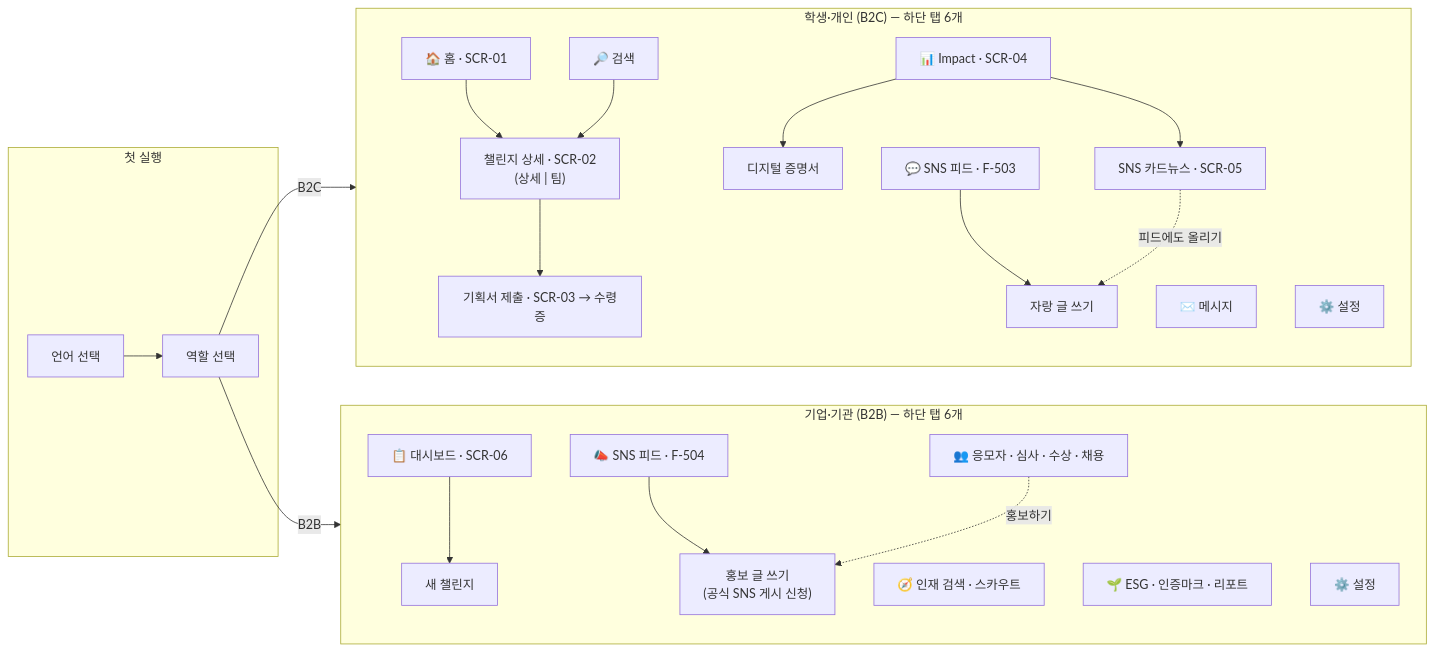
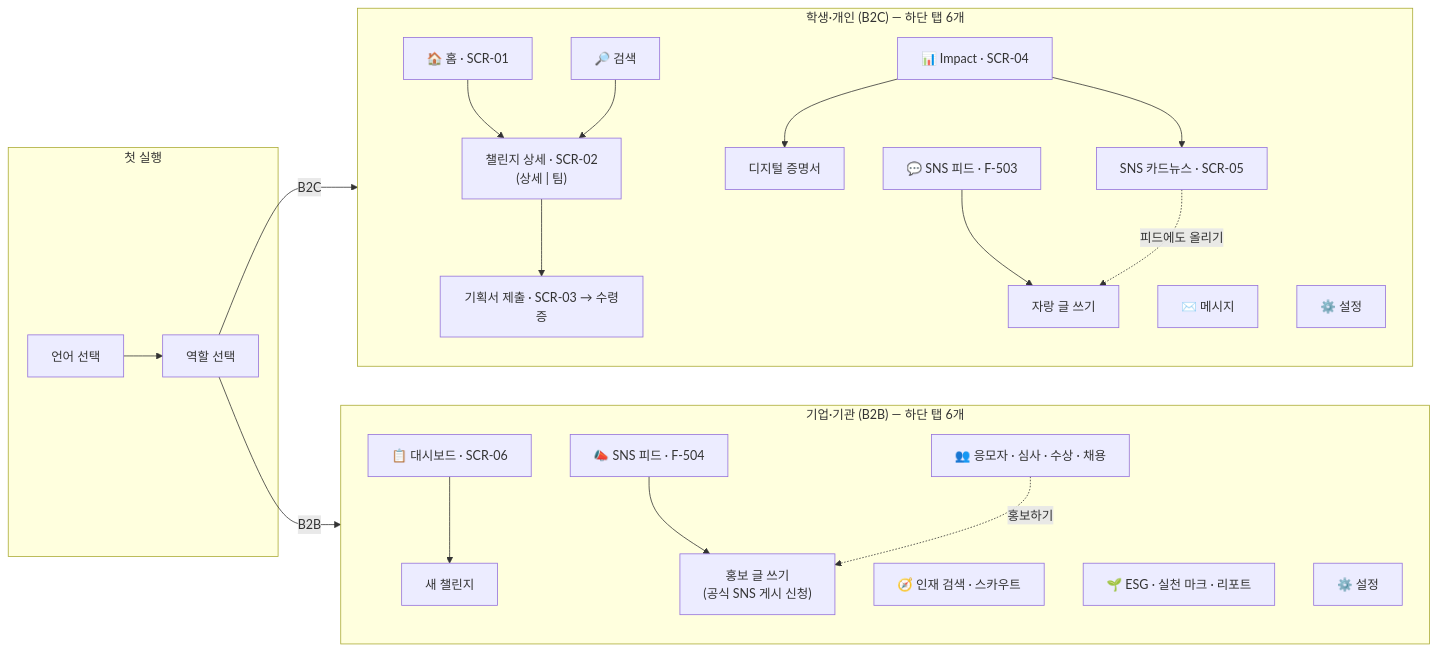
One commit to atome9797/sdgs-compass changed the seventh of 17 diagrams in README.md. Above: the diagram before and after it, drawn with Mermaid. The commit also changed other lines of this file and 19 other files, not shown here.

````diff
--- a/README.md
+++ b/README.md
@@ -265,43 +266,43 @@
 ```mermaid
 flowchart LR
   subgraph gate["첫 실행"]
     g1["언어 선택"] --> g2["역할 선택"]
   end
   subgraph b2c["학생·개인 (B2C) — 하단 탭 6개"]
     direction TB
     home["🏠 홈 · SCR-01"]
     feed1["💬 SNS 피드 · F-503"]
     search["🔎 검색"]
     impact["📊 Impact · SCR-04"]
     msg["✉️ 메시지"]
     set1["⚙️ 설정"]
     ch["챌린지 상세 · SCR-02<br/>(상세 | 팀)"]
     sub["기획서 제출 · SCR-03 → 수령증"]
     cert["디지털 증명서"]
     share["SNS 카드뉴스 · SCR-05"]
     post1["자랑 글 쓰기"]
     home --> ch
     search --> ch
     ch --> sub
     impact --> cert
     impact --> share
     feed1 --> post1
     share -. "피드에도 올리기" .-> post1
   end
   subgraph b2b["기업·기관 (B2B) — 하단 탭 6개"]
     direction TB
     dash["📋 대시보드 · SCR-06"]
     new["새 챌린지"]
     app["👥 응모자 · 심사 · 수상 · 채용"]
     tal["🧭 인재 검색 · 스카우트"]
-    esg["🌱 ESG · 인증마크 · 리포트"]
+    esg["🌱 ESG · 실천 마크 · 리포트"]
     set2["⚙️ 설정"]
     feed2["📣 SNS 피드 · F-504"]
     post2["홍보 글 쓰기<br/>(공식 SNS 게시 신청)"]
     dash --> new
     feed2 --> post2
     app -. "홍보하기" .-> post2
   end
   g2 -- "B2C" --> b2c
   g2 -- "B2B" --> b2b
 ```
````
